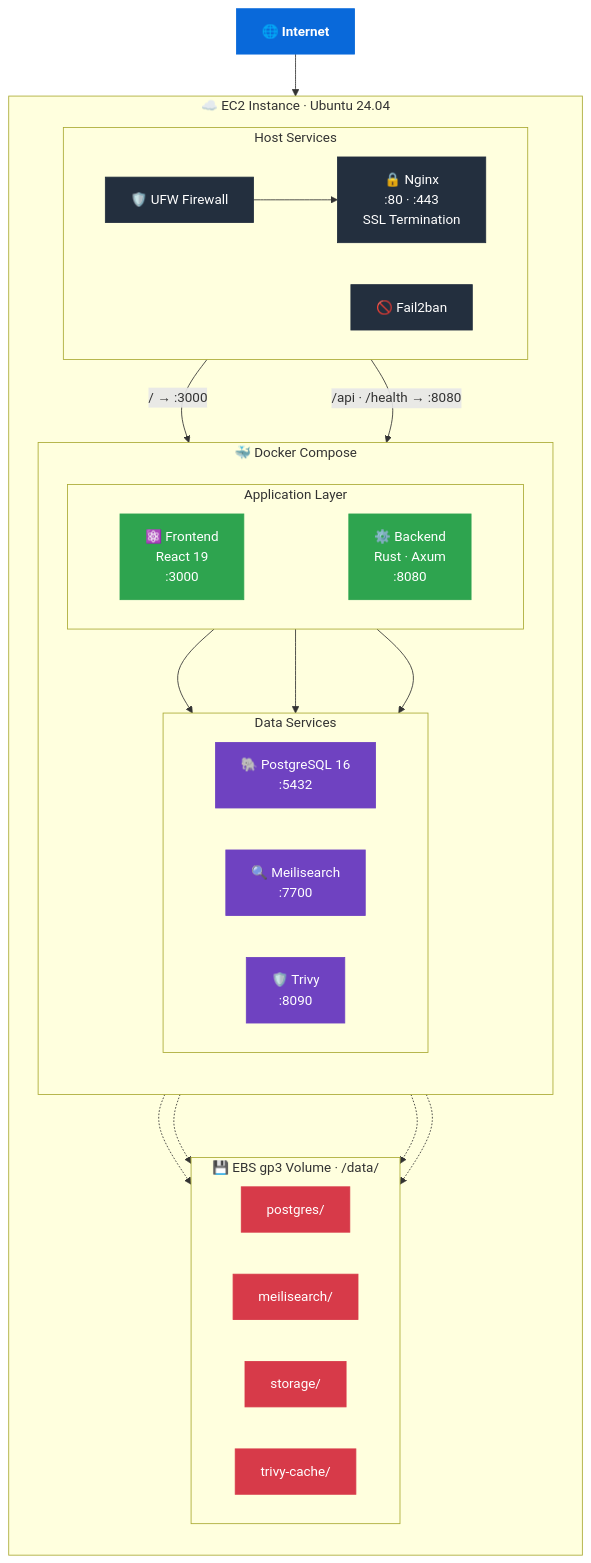
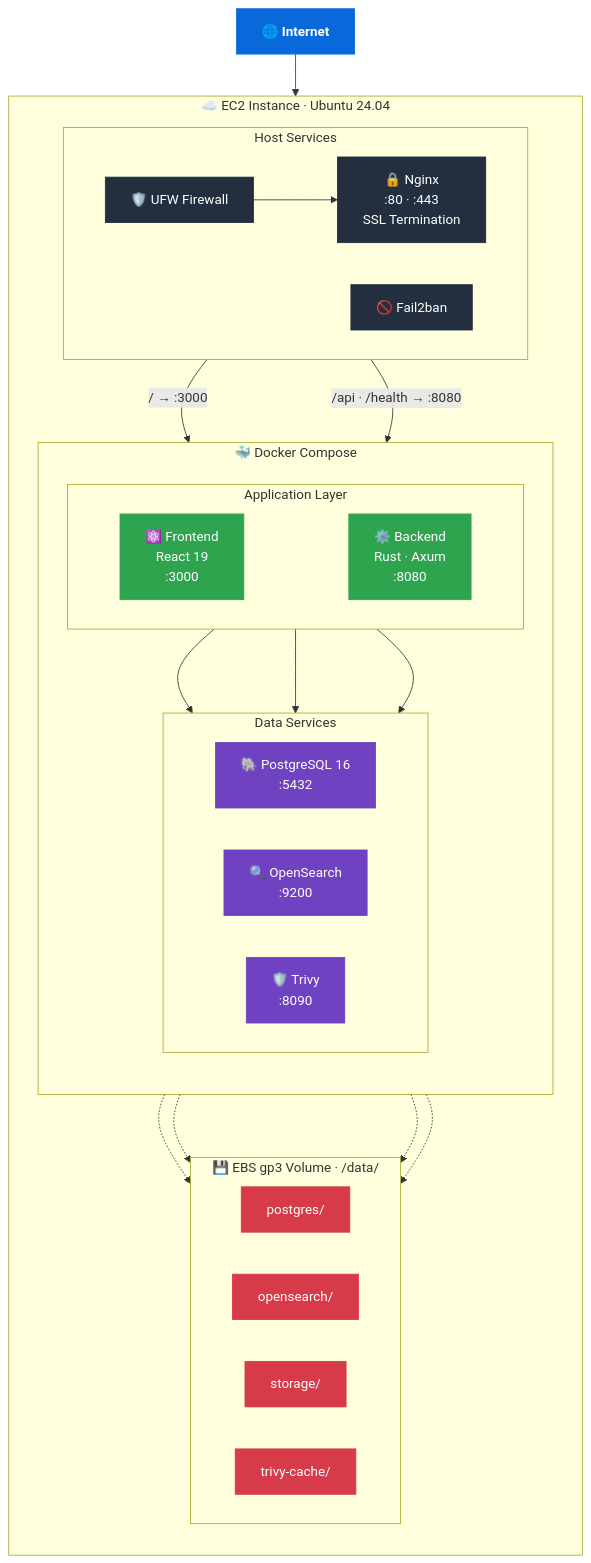
One commit to artifact-keeper/artifact-keeper-site changed the diagram in src/content/docs/docs/deployment/aws.mdx. Above: the diagram before and after it, drawn with Mermaid. The commit also changed other lines of this file and 15 other files, not shown here.

First line of the commit message:
docs: update search backend docs from Meilisearch to OpenSearch (#59)

````diff
--- a/src/content/docs/docs/deployment/aws.mdx
+++ b/src/content/docs/docs/deployment/aws.mdx
@@ -10,67 +10,67 @@
 ```mermaid
 graph TD
     Internet["🌐 Internet"]
 
     subgraph EC2["☁️ EC2 Instance · Ubuntu 24.04"]
         direction TB
 
         subgraph HOST["Host Services"]
             direction LR
             NGINX["🔒 Nginx\n:80 · :443\nSSL Termination"]
             UFW["🛡️ UFW Firewall"]
             F2B["🚫 Fail2ban"]
         end
 
         subgraph DOCKER["🐳 Docker Compose"]
             direction TB
 
             subgraph APP["Application Layer"]
                 direction LR
                 FE["⚛️ Frontend\nReact 19\n:3000"]
                 BE["⚙️ Backend\nRust · Axum\n:8080"]
             end
 
             subgraph DATA_SERVICES["Data Services"]
                 direction LR
                 PG["🐘 PostgreSQL 16\n:5432"]
-                MS["🔍 Meilisearch\n:7700"]
+                MS["🔍 OpenSearch\n:9200"]
                 TV["🛡️ Trivy\n:8090"]
             end
 
             FE ~~~ BE
             BE --> PG
             BE --> MS
             BE --> TV
         end
 
         subgraph EBS["💾 EBS gp3 Volume · /data/"]
             direction LR
             PG_DATA["postgres/"]
-            MS_DATA["meilisearch/"]
+            MS_DATA["opensearch/"]
             STORAGE["storage/"]
             TV_CACHE["trivy-cache/"]
         end
     end
 
     Internet --> UFW --> NGINX
     NGINX -->|"/ → :3000"| FE
     NGINX -->|"/api · /health → :8080"| BE
     PG -.-> PG_DATA
     MS -.-> MS_DATA
     BE -.-> STORAGE
     TV -.-> TV_CACHE
 
     classDef ec2 fill:#ff9900,color:#fff,stroke:#ff9900,font-weight:bold
     classDef host fill:#232f3e,color:#fff,stroke:#232f3e
     classDef docker fill:#1d63ed,color:#fff,stroke:#1d63ed
     classDef app fill:#2ea44f,color:#fff,stroke:#2ea44f
     classDef data fill:#6f42c1,color:#fff,stroke:#6f42c1
     classDef ebs fill:#d73a49,color:#fff,stroke:#d73a49
     classDef internet fill:#0969da,color:#fff,stroke:#0969da,font-weight:bold
 
     class Internet internet
     class NGINX,UFW,F2B host
     class FE,BE app
     class PG,MS,TV data
     class PG_DATA,MS_DATA,STORAGE,TV_CACHE ebs
 ```
````
